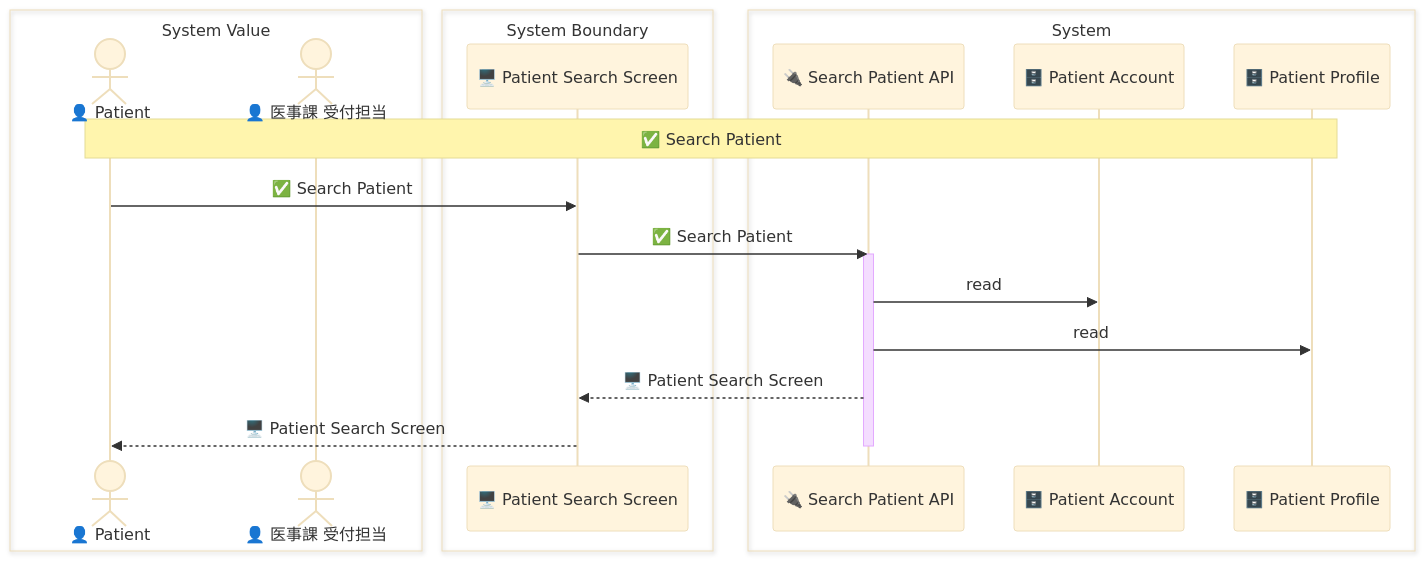
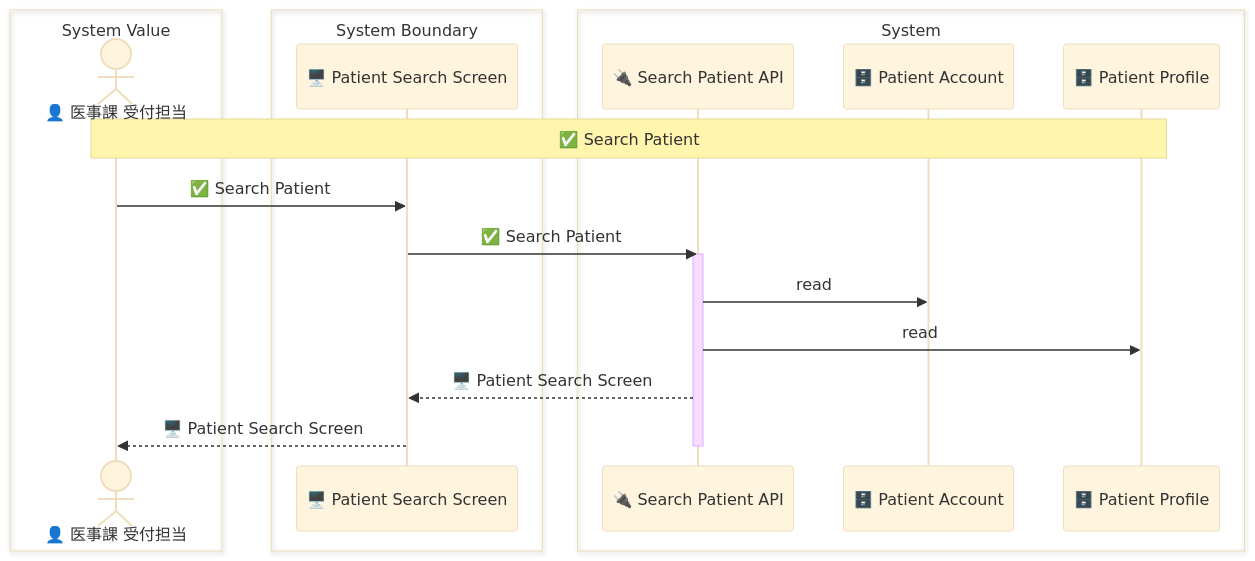
The diagram in samples/clinic-ops/out/uc/sequence_search_patient.mmd (manji-0/rdra-ish-dsl), drawn with Mermaid (base theme) before and after one commit. The commit also changed 71 other files, not shown here.

```diff
--- a/samples/clinic-ops/out/uc/sequence_search_patient.mmd
+++ b/samples/clinic-ops/out/uc/sequence_search_patient.mmd
@@ -1,23 +1,22 @@
 sequenceDiagram
   box System Value
-    actor Patient as 👤 Patient
     actor ReceptionClerk as 👤 医事課 受付担当
   end
   box System Boundary
     participant PatientSearchScreen as 🖥️ Patient Search Screen
   end
   box System
     participant SearchPatientApi as 🔌 Search Patient API
     participant PatientAccount as 🗄️ Patient Account
     participant PatientProfile as 🗄️ Patient Profile
   end
 
-  Note over Patient,PatientProfile: ✅ Search Patient
-  Patient->>PatientSearchScreen: ✅ Search Patient
+  Note over ReceptionClerk,PatientProfile: ✅ Search Patient
+  ReceptionClerk->>PatientSearchScreen: ✅ Search Patient
   PatientSearchScreen->>SearchPatientApi: ✅ Search Patient
   activate SearchPatientApi
   SearchPatientApi->>PatientAccount: read
   SearchPatientApi->>PatientProfile: read
   SearchPatientApi-->>PatientSearchScreen: 🖥️ Patient Search Screen
-  PatientSearchScreen-->>Patient: 🖥️ Patient Search Screen
+  PatientSearchScreen-->>ReceptionClerk: 🖥️ Patient Search Screen
   deactivate SearchPatientApi
```
